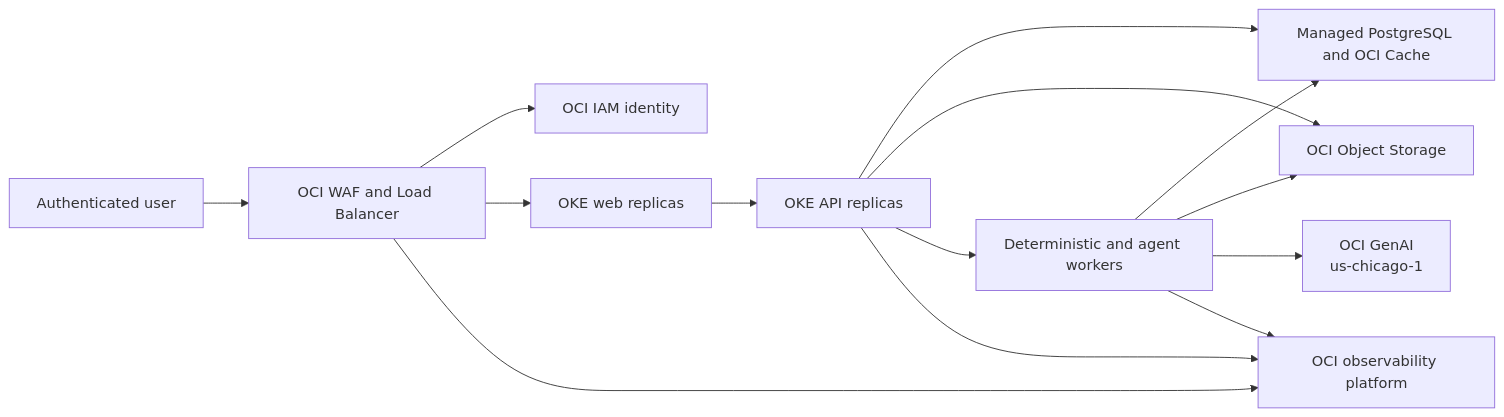
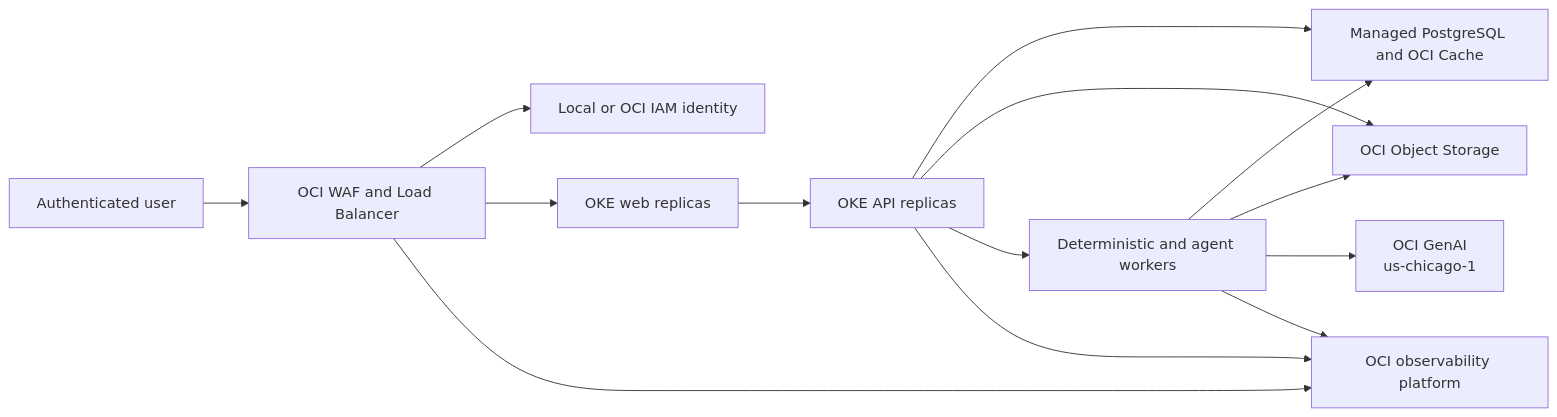
One commit to javierchan/oci changed the first of 2 diagrams in OCI DIS Blueprint/docs/architecture/current-vs-target-roadmap.md. Above: the diagram before and after it, drawn with Mermaid. The commit also changed other lines of this file and 80 other files, not shown here.

````diff
--- a/OCI DIS Blueprint/docs/architecture/current-vs-target-roadmap.md
+++ b/OCI DIS Blueprint/docs/architecture/current-vs-target-roadmap.md
@@ -37,26 +37,26 @@
 ```mermaid
 flowchart LR
     User["Authenticated user"]
     Edge["OCI WAF and Load Balancer"]
-    IAM["OCI IAM identity"]
+    IAM["Local or OCI IAM identity"]
     Web["OKE web replicas"]
     API["OKE API replicas"]
     Data["Managed PostgreSQL and OCI Cache"]
     Storage["OCI Object Storage"]
     Workers["Deterministic and agent workers"]
     Obs["OCI observability platform"]
     GenAI["OCI GenAI<br/>us-chicago-1"]
 
     User --> Edge
     Edge --> IAM
     Edge --> Web --> API
     API --> Data
     API --> Storage
     API --> Workers
     Workers --> Data
     Workers --> Storage
     Workers --> GenAI
     API --> Obs
     Workers --> Obs
     Edge --> Obs
 ```
````
